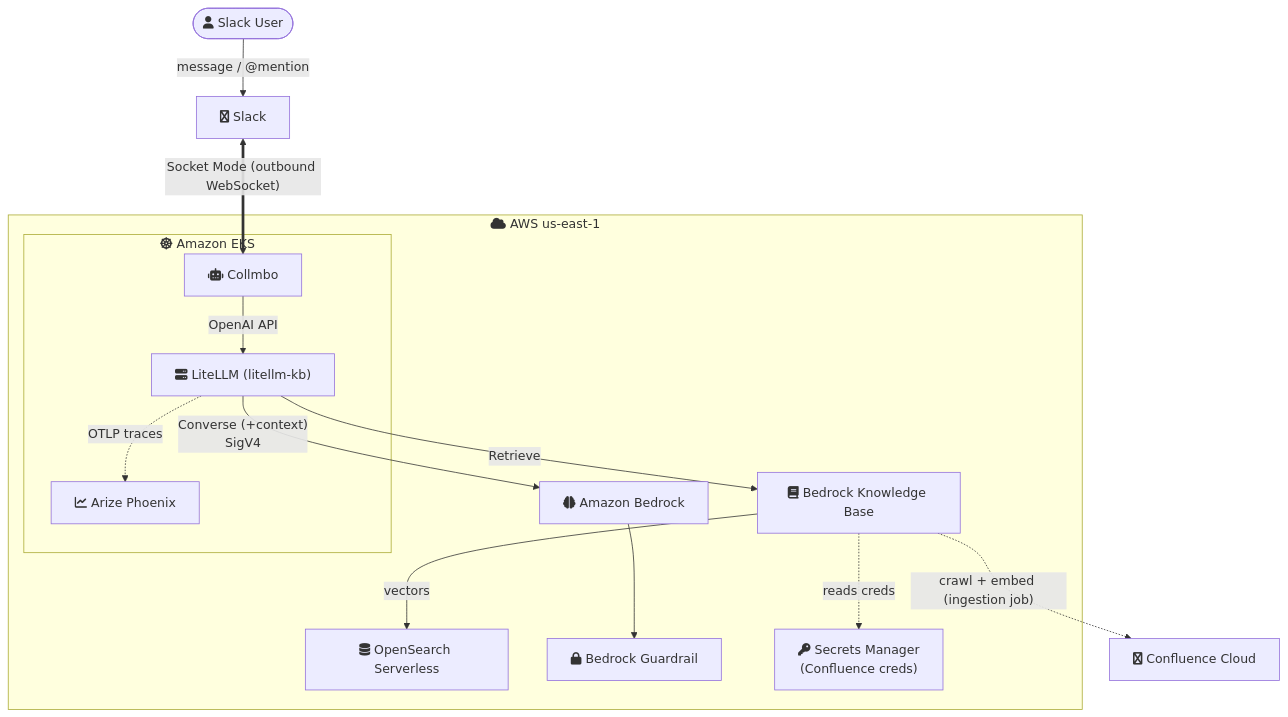
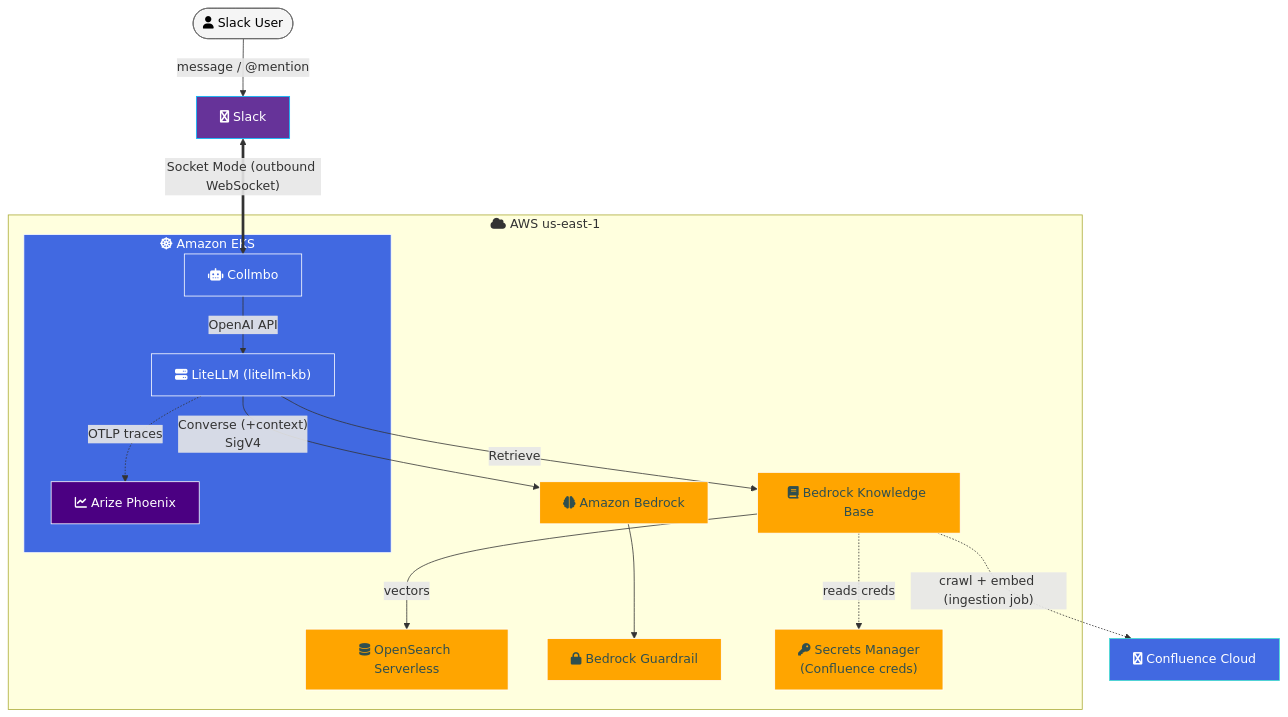
One commit to ruzickap/ruzickap.github.io changed the diagram in _posts/2026/2026-06-17-slack-bot-bedrock-confluence.md. Above: the diagram before and after it, drawn with Mermaid.

Commit message:
docs: color Slack bot architecture diagram

````diff
--- a/_posts/2026/2026-06-17-slack-bot-bedrock-confluence.md
+++ b/_posts/2026/2026-06-17-slack-bot-bedrock-confluence.md
@@ -62,31 +62,44 @@
 ```mermaid
 flowchart TD
   User(["fa:fa-user Slack User"])
   Slack["fa:fa-slack Slack"]
   Confluence["fa:fa-confluence Confluence Cloud"]
 
   User -- "message / @mention" --> Slack
   Slack <== "Socket Mode (outbound WebSocket)" ==> CO
   CO -- "OpenAI API" --> LL
   LL -- "Retrieve" --> KB
   KB -- "vectors" --> AOSS
   LL -- "Converse (+context)\nSigV4" --> BR
   BR --> GR
   LL -. "OTLP traces" .-> PHX
   KB -. "crawl + embed (ingestion job)" .-> Confluence
 
   subgraph AWS["fa:fa-cloud AWS us-east-1"]
     BR["fa:fa-brain Amazon Bedrock"]
     GR["fa:fa-lock Bedrock Guardrail"]
     KB["fa:fa-book Bedrock Knowledge Base"]
     AOSS["fa:fa-database OpenSearch Serverless"]
     SM["fa:fa-key Secrets Manager\n(Confluence creds)"]
     subgraph EKS["fa:fa-dharmachakra Amazon EKS"]
       CO["fa:fa-robot Collmbo"]
       LL["fa:fa-server LiteLLM (litellm-kb)"]
       PHX["fa:fa-chart-line Arize Phoenix"]
     end
   end
 
   KB -. "reads creds" .-> SM
+
+  style User fill:whitesmoke,stroke:dimgray,color:black
+  style Slack fill:rebeccapurple,stroke:deepskyblue,color:white
+  style Confluence fill:royalblue,stroke:turquoise,color:white
+  style BR fill:orange,stroke:white,color:darkslategray
+  style GR fill:orange,stroke:white,color:darkslategray
+  style KB fill:orange,stroke:white,color:darkslategray
+  style AOSS fill:orange,stroke:white,color:darkslategray
+  style SM fill:orange,stroke:white,color:darkslategray
+  style EKS fill:royalblue,stroke:white,color:white
+  style CO fill:royalblue,stroke:white,color:white
+  style LL fill:royalblue,stroke:white,color:white
+  style PHX fill:indigo,stroke:white,color:white
 ```
````
